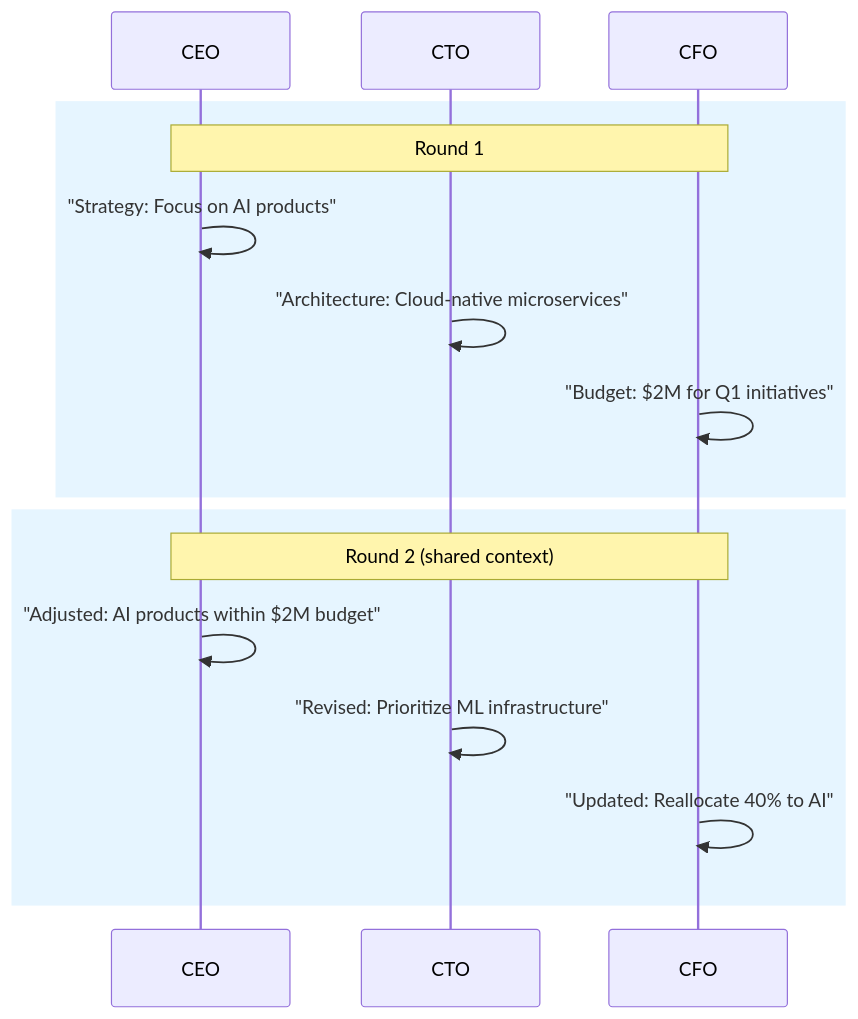
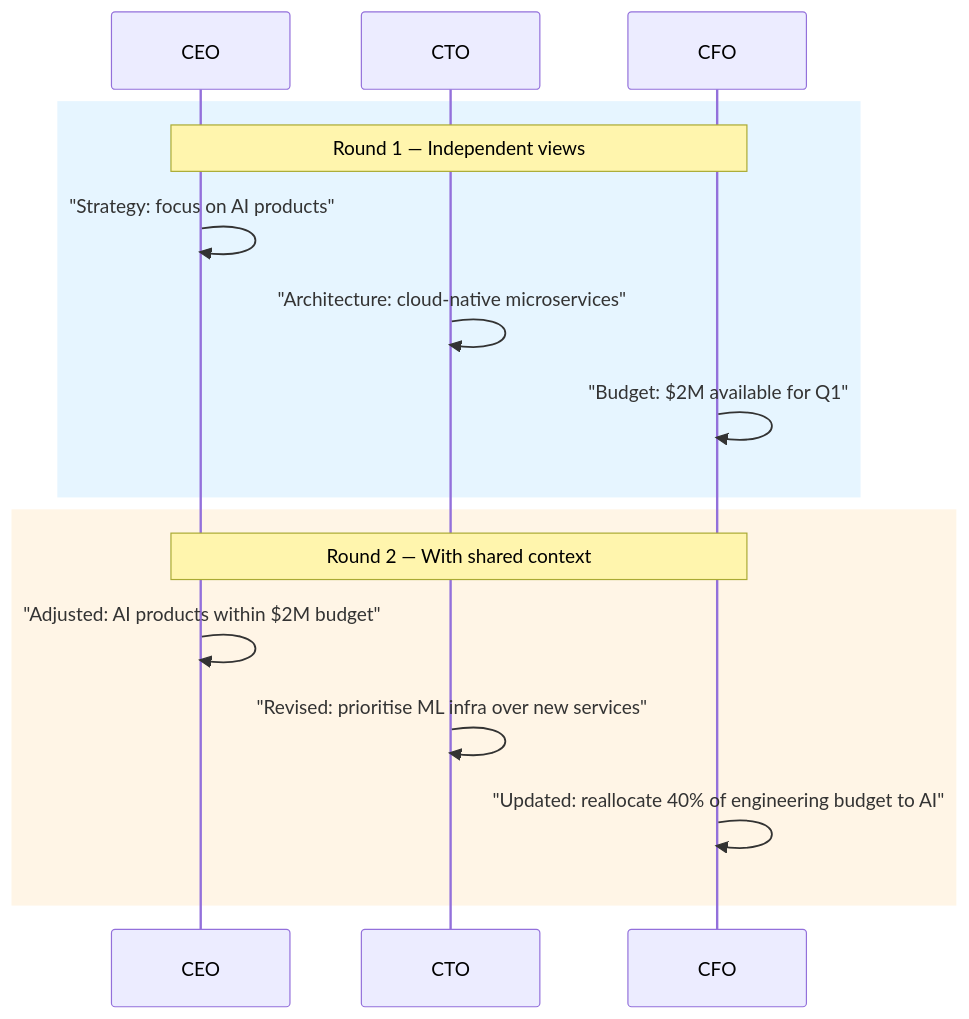
One commit to pyagent-core/pyagent changed the diagram in docs/patterns/structural/role-based.md. Above: the diagram before and after it, drawn with Mermaid. The commit also changed other lines of this file and 152 other files, not shown here.

````diff
--- a/docs/patterns/structural/role-based.md
+++ b/docs/patterns/structural/role-based.md
@@ -7,20 +12,20 @@
 ```mermaid
 sequenceDiagram
     participant CEO
     participant CTO
     participant CFO
 
     rect rgb(230, 245, 255)
-        Note over CEO,CFO: Round 1
-        CEO->>CEO: "Strategy: Focus on AI products"
-        CTO->>CTO: "Architecture: Cloud-native microservices"
-        CFO->>CFO: "Budget: $2M for Q1 initiatives"
+        Note over CEO,CFO: Round 1 — Independent views
+        CEO->>CEO: "Strategy: focus on AI products"
+        CTO->>CTO: "Architecture: cloud-native microservices"
+        CFO->>CFO: "Budget: $2M available for Q1"
     end
 
-    rect rgb(230, 245, 255)
-        Note over CEO,CFO: Round 2 (shared context)
+    rect rgb(255, 245, 230)
+        Note over CEO,CFO: Round 2 — With shared context
         CEO->>CEO: "Adjusted: AI products within $2M budget"
-        CTO->>CTO: "Revised: Prioritize ML infrastructure"
-        CFO->>CFO: "Updated: Reallocate 40% to AI"
+        CTO->>CTO: "Revised: prioritise ML infra over new services"
+        CFO->>CFO: "Updated: reallocate 40% of engineering budget to AI"
     end
 ```
````
